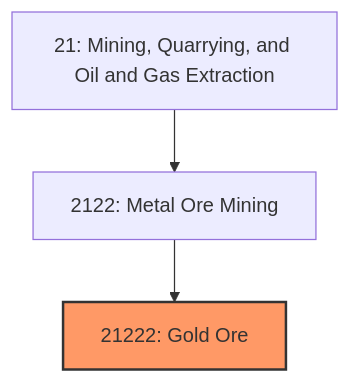
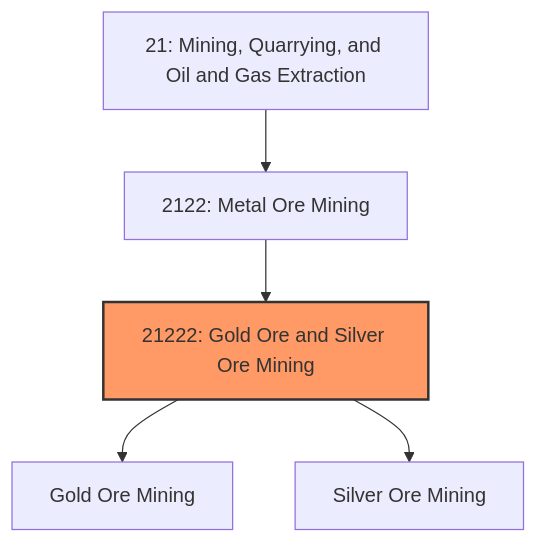
The first of 3 diagrams in industries/Mining/MetalOreMining/GoldOre.mdx (kziemski/business.org.ai), drawn with Mermaid before and after one commit. The commit also changed other lines of this file and 67 other files, not shown here.

````diff
--- a/industries/Mining/MetalOreMining/GoldOre.mdx
+++ b/industries/Mining/MetalOreMining/GoldOre.mdx
@@ -20,7 +40,9 @@
 ```mermaid
 graph TD
     S21["21: Mining, Quarrying, and Oil and Gas Extraction"]
     S21 --> N2122["2122: Metal Ore Mining"]
-    N2122 --> N21222["21222: Gold Ore"]
+    N2122 --> N21222["21222: Gold Ore and Silver Ore Mining"]
     style N21222 fill:#f96,stroke:#333,stroke-width:2px
+    N21222 --> Gold["Gold Ore Mining"]
+    N21222 --> Silver["Silver Ore Mining"]
 ```
````
